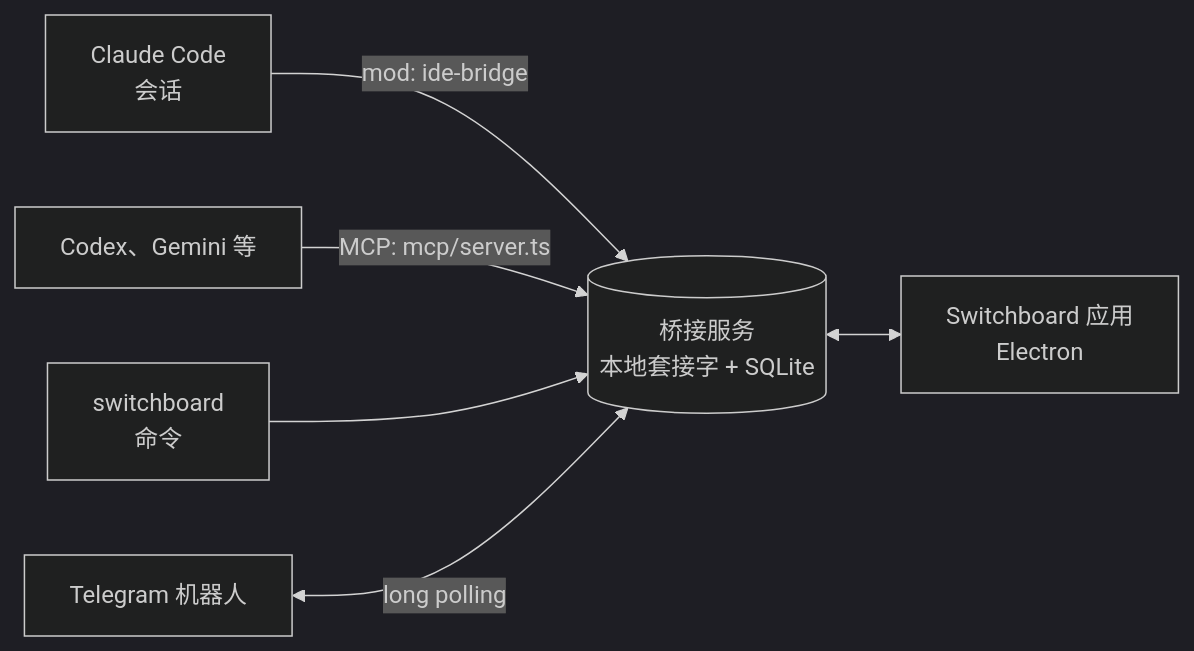
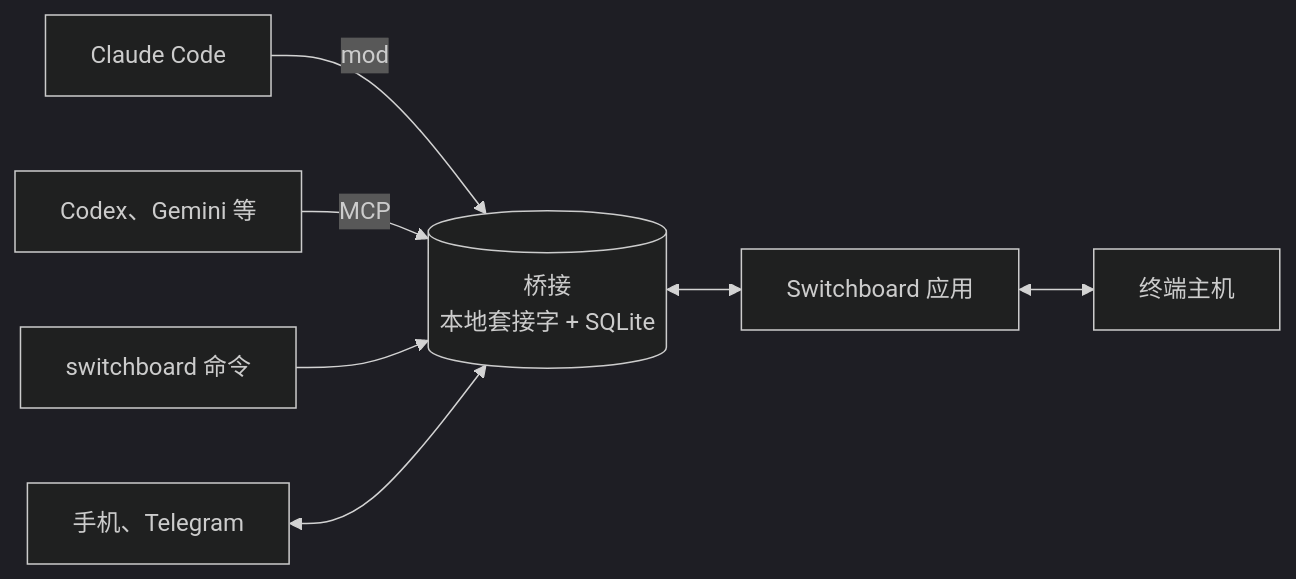
One commit to choco5958/switchboard changed the diagram in README.zh-CN.md. Above: the diagram before and after it, drawn with Mermaid (dark theme). The commit also changed other lines of this file and 16 other files, not shown here.

````diff
--- a/README.zh-CN.md
+++ b/README.zh-CN.md
@@ -149,8 +309,9 @@
 ```mermaid
 flowchart LR
-  cc["Claude Code<br/>会话"] -- "mod: ide-bridge" --> bridge
-  cli["Codex、Gemini 等"] -- "MCP: mcp/server.ts" --> bridge
-  cmd["switchboard<br/>命令"] --> bridge
-  tg["Telegram 机器人"] <-->|"long polling"| bridge
-  bridge[("桥接服务<br/>本地套接字 + SQLite")] <--> app["Switchboard 应用<br/>Electron"]
+  cc["Claude Code"] -- "mod" --> bridge
+  cli["Codex、Gemini 等"] -- "MCP" --> bridge
+  cmd["switchboard 命令"] --> bridge
+  phone["手机、Telegram"] <--> bridge
+  bridge[("桥接<br/>本地套接字 + SQLite")] <--> app["Switchboard 应用"]
+  app <--> host["终端主机"]
 ```
````
